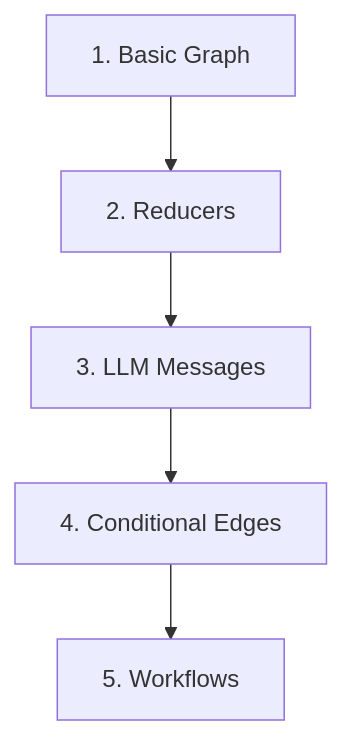
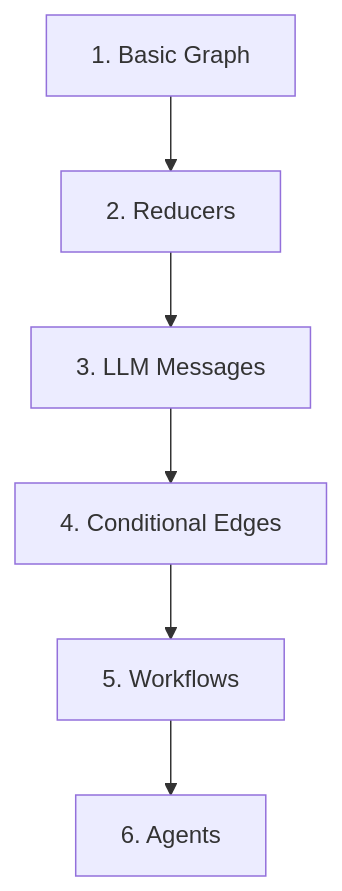
The second of 2 diagrams in README.md (Walid-Ahmed/langgraph-tutorials), drawn with Mermaid before and after one commit. The commit also changed other lines of this file and 9 other files, not shown here.

````diff
--- a/README.md
+++ b/README.md
@@ -36,7 +36,8 @@
 ```mermaid
 flowchart TD
     A["1. Basic Graph"] --> B["2. Reducers"]
     B --> C["3. LLM Messages"]
     C --> D["4. Conditional Edges"]
     D --> E["5. Workflows"]
+    E --> F["6. Agents"]
 ```
````
